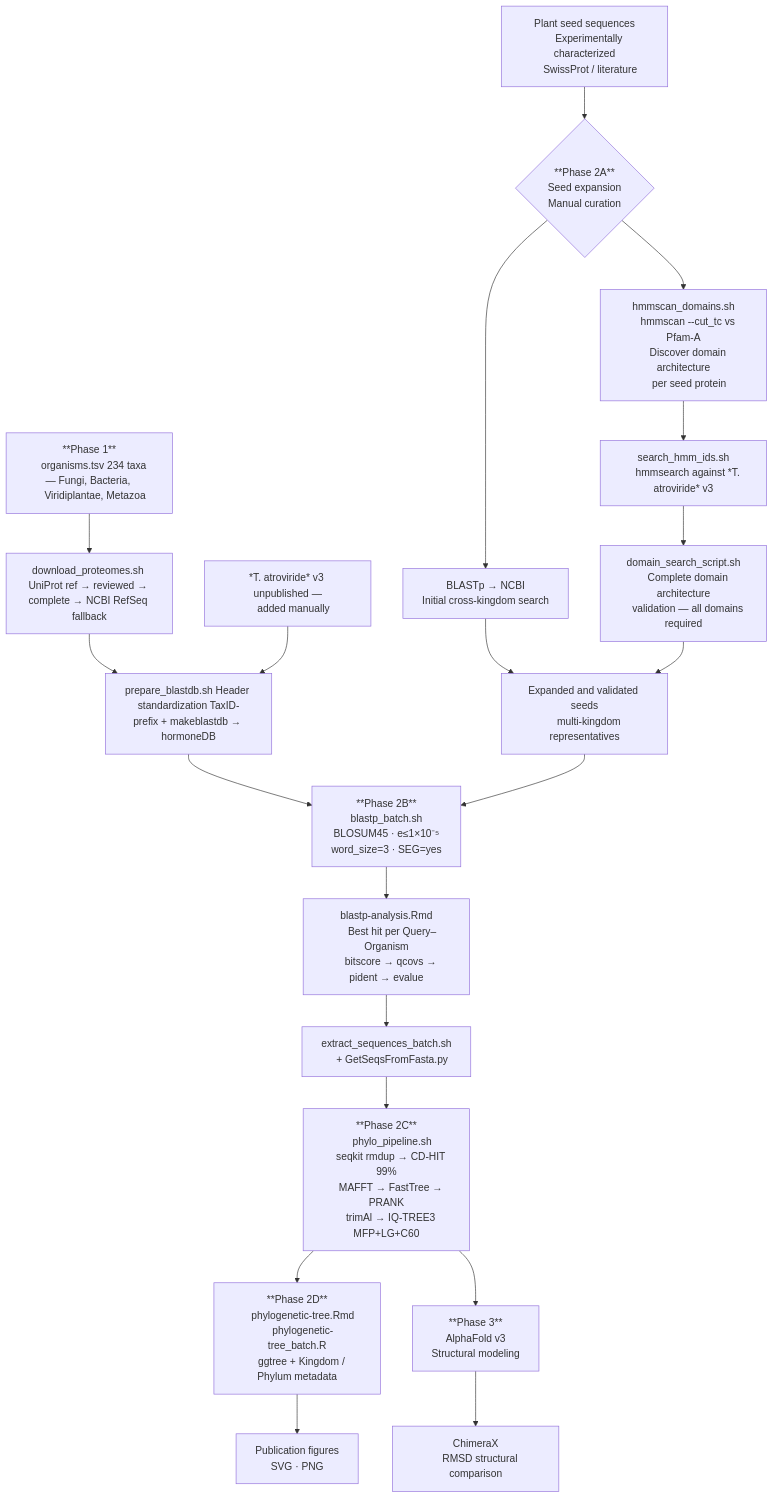
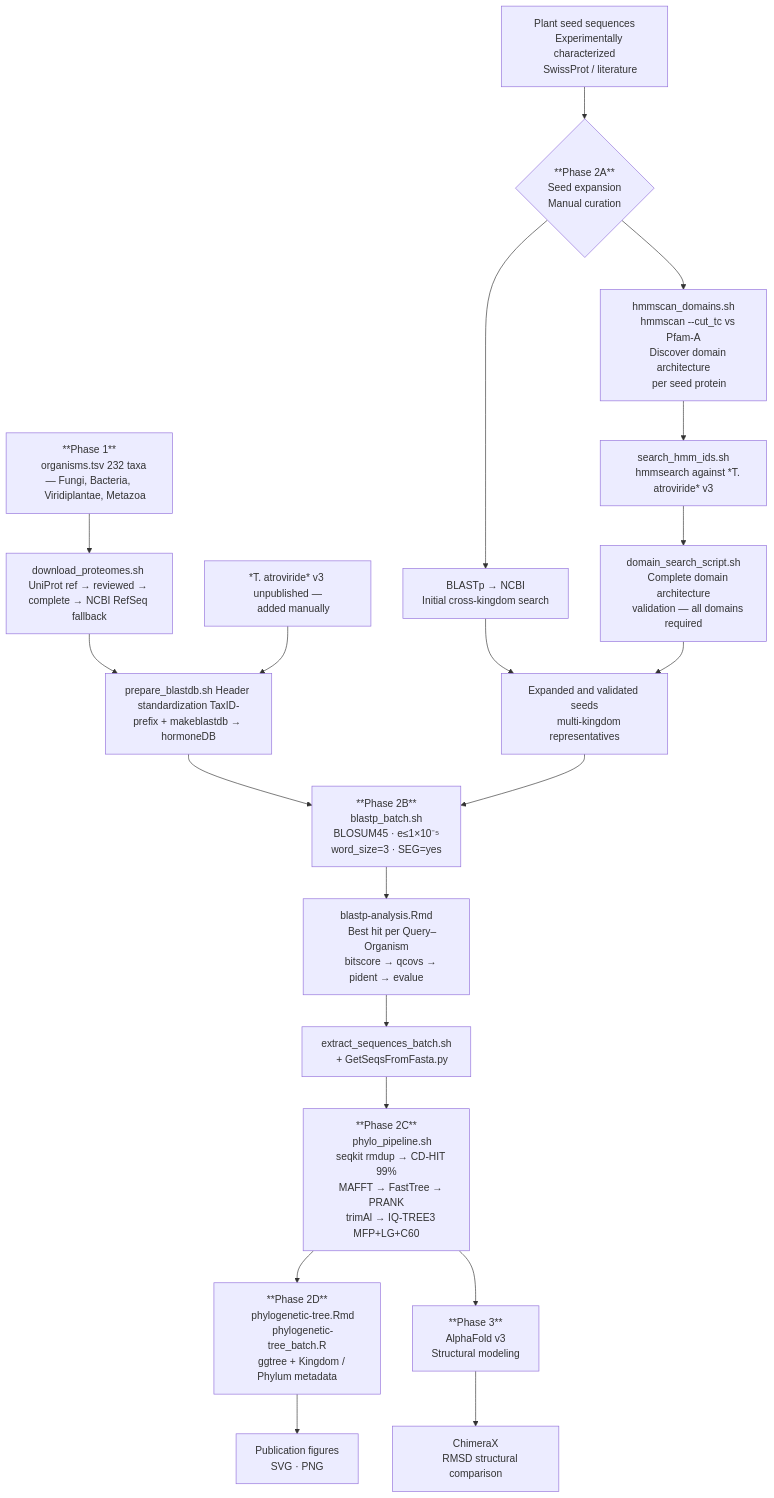
One commit to DavidAlberto/Phytohormones-Fungi changed the diagram in README.md. Above: the diagram before and after it, drawn with Mermaid. The commit also changed other lines of this file, not shown here.

````diff
--- a/README.md
+++ b/README.md
@@ -42,61 +42,61 @@
 ```mermaid
 flowchart TD
     A["**Phase 1**
-    organisms.tsv 234 taxa — Fungi, Bacteria, 
+    organisms.tsv 232 taxa — Fungi, Bacteria, 
     Viridiplantae, Metazoa"] --> B["download_proteomes.sh UniProt ref → reviewed → complete → NCBI RefSeq fallback"]
     B --> C["prepare_blastdb.sh Header standardization TaxID-prefix + makeblastdb → hormoneDB"]
     M["*T. atroviride* v3 unpublished —
     added manually"] --> C
 
     D["Plant seed sequences
     Experimentally characterized
     SwissProt / literature"] --> E0{"**Phase 2A**
     Seed expansion
     Manual curation"}
     
     E0 --> F["BLASTp → NCBI
     Initial cross-kingdom search"]
 
     E0 --> E["hmmscan_domains.sh
     hmmscan --cut_tc vs Pfam-A
     Discover domain architecture
     per seed protein"]
     E --> G["search_hmm_ids.sh
     hmmsearch against *T. atroviride* v3"]
     G --> H["domain_search_script.sh
     Complete domain architecture
     validation — all domains required"]
     F --> I["Expanded and validated seeds
     multi-kingdom representatives"]
     H --> I
 
     C --> J["**Phase 2B**
     blastp_batch.sh
     BLOSUM45 · e≤1×10⁻⁵
     word_size=3 · SEG=yes"]
     I --> J
     J --> K["blastp-analysis.Rmd
     Best hit per Query–Organism
     bitscore → qcovs → pident → evalue"]
     K --> L["extract_sequences_batch.sh
     + GetSeqsFromFasta.py"]
 
     L --> N["**Phase 2C**
     phylo_pipeline.sh
     seqkit rmdup → CD-HIT 99%
     MAFFT → FastTree → PRANK
     trimAl → IQ-TREE3 MFP+LG+C60"]
 
     N --> O["**Phase 2D**
     phylogenetic-tree.Rmd
     phylogenetic-tree_batch.R
     ggtree + Kingdom / Phylum metadata"]
     O --> P["Publication figures
     SVG · PNG"]
     
     N --> Q["**Phase 3**
     AlphaFold v3
     Structural modeling"]
     Q --> R["ChimeraX
     RMSD structural comparison"]
 ```
````
